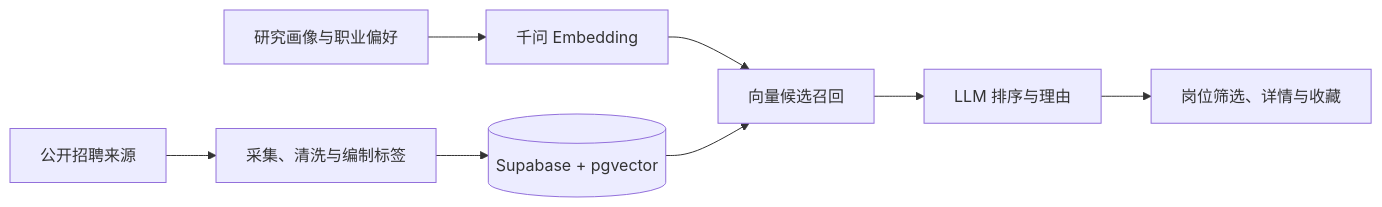
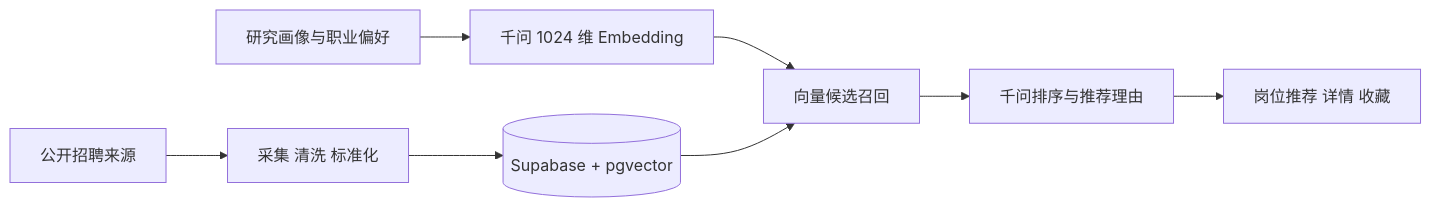
The diagram in README.md (YangXiaoBo-YG/phdhunter-showcase), drawn with Mermaid before and after one commit. The commit also changed other lines of this file, not shown here.

````diff
--- a/README.md
+++ b/README.md
@@ -56,10 +27,10 @@
 ```mermaid
 flowchart LR
-    A[公开招聘来源] --> B[采集、清洗与编制标签]
-    B --> C[(Supabase + pgvector)]
-    D[研究画像与职业偏好] --> E[千问 Embedding]
-    E --> F[向量候选召回]
-    C --> F
-    F --> G[LLM 排序与理由]
-    G --> H[岗位筛选、详情与收藏]
+  A[公开招聘来源] --> B[采集 清洗 标准化]
+  B --> C[(Supabase + pgvector)]
+  D[研究画像与职业偏好] --> E[千问 1024 维 Embedding]
+  E --> F[向量候选召回]
+  C --> F
+  F --> G[千问排序与推荐理由]
+  G --> H[岗位推荐 详情 收藏]
 ```
````
